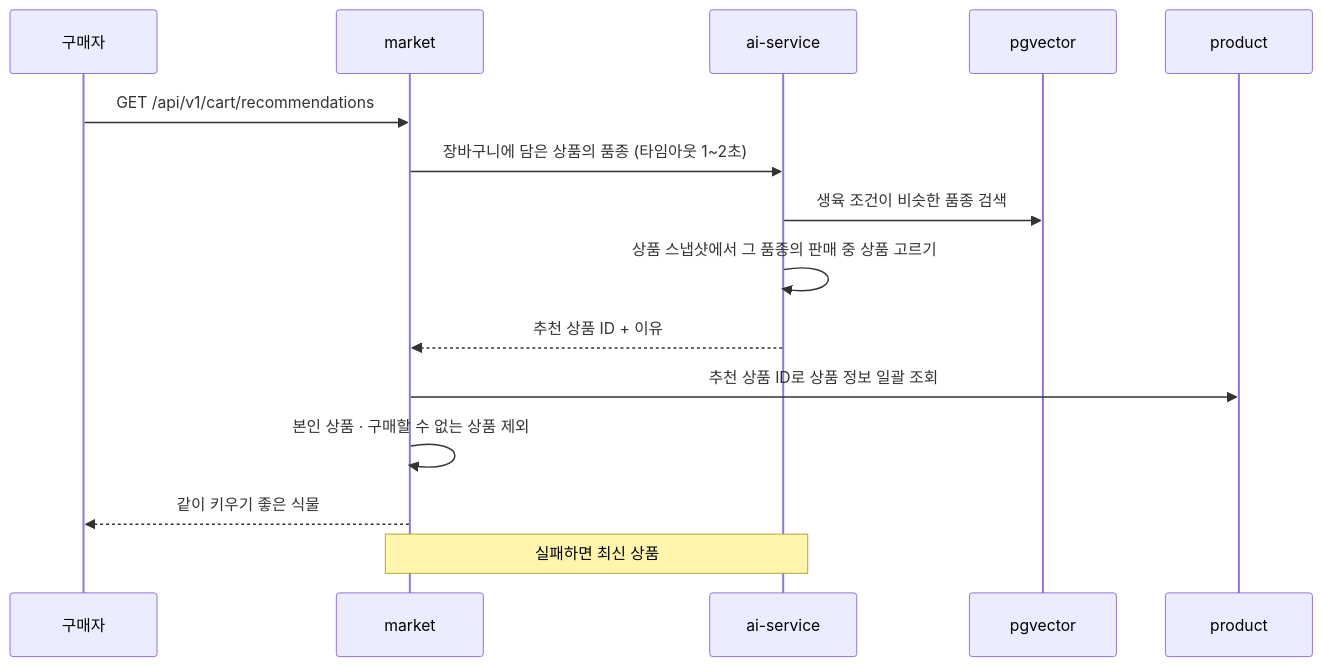
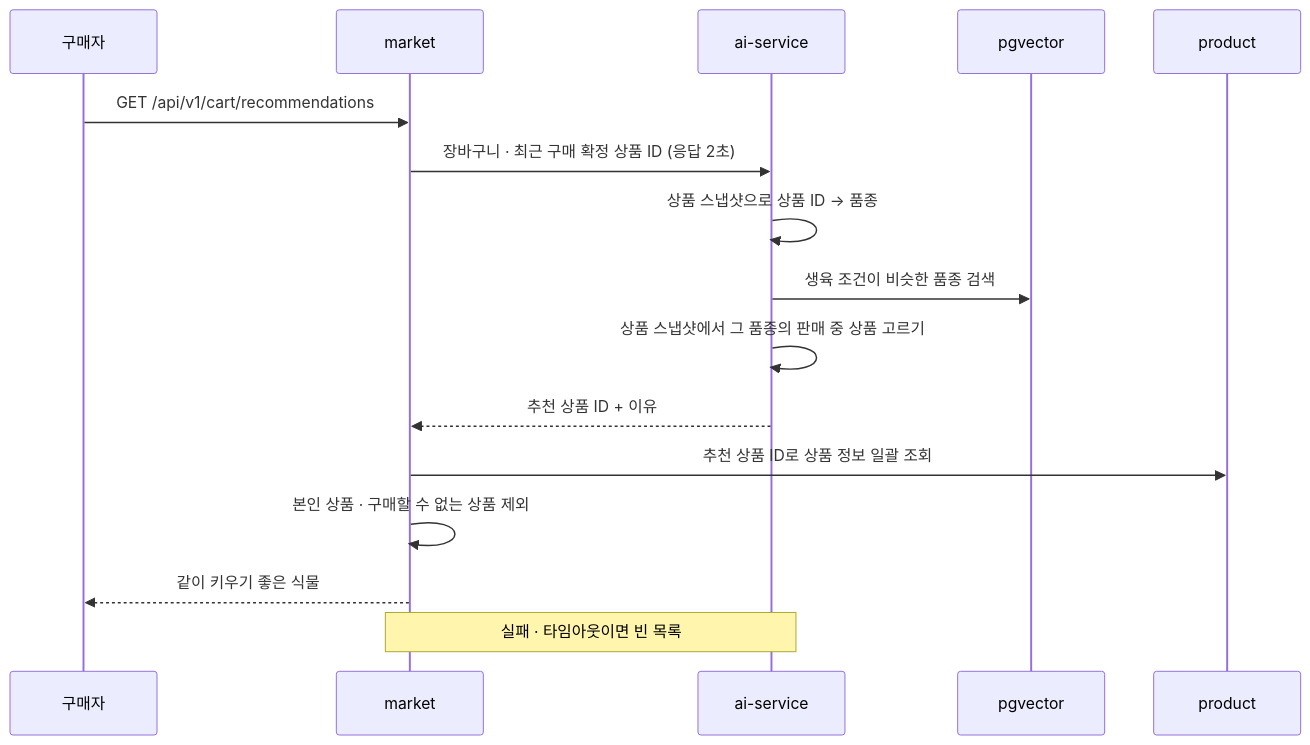
The diagram in docs/flows/search-recommend.md (prgrms-be-adv-devcourse/beadv8_8_JustCommit_BE), drawn with Mermaid before and after one commit. The commit also changed other lines of this file and 7 other files, not shown here.

````diff
--- a/docs/flows/search-recommend.md
+++ b/docs/flows/search-recommend.md
@@ -39,17 +39,18 @@
 ```mermaid
 sequenceDiagram
     participant U as 구매자
     participant M as market
     participant AI as ai-service
     participant V as pgvector
     participant PR as product
     U->>M: GET /api/v1/cart/recommendations
-    M->>AI: 장바구니에 담은 상품의 품종 (타임아웃 1~2초)
+    M->>AI: 장바구니 · 최근 구매 확정 상품 ID (응답 2초)
+    AI->>AI: 상품 스냅샷으로 상품 ID → 품종
     AI->>V: 생육 조건이 비슷한 품종 검색
     AI->>AI: 상품 스냅샷에서 그 품종의 판매 중 상품 고르기
     AI-->>M: 추천 상품 ID + 이유
     M->>PR: 추천 상품 ID로 상품 정보 일괄 조회
     M->>M: 본인 상품 · 구매할 수 없는 상품 제외
     M-->>U: 같이 키우기 좋은 식물
-    Note over M,AI: 실패하면 최신 상품
+    Note over M,AI: 실패 · 타임아웃이면 빈 목록
 ```
````
